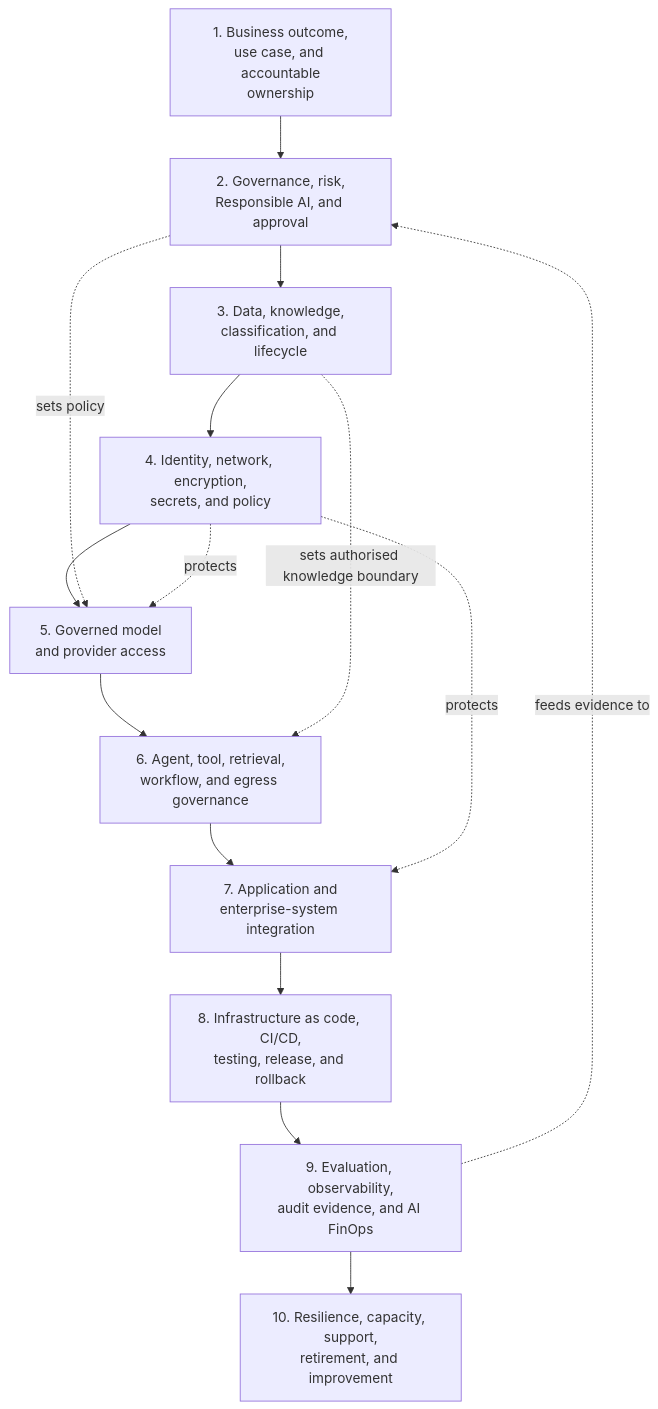
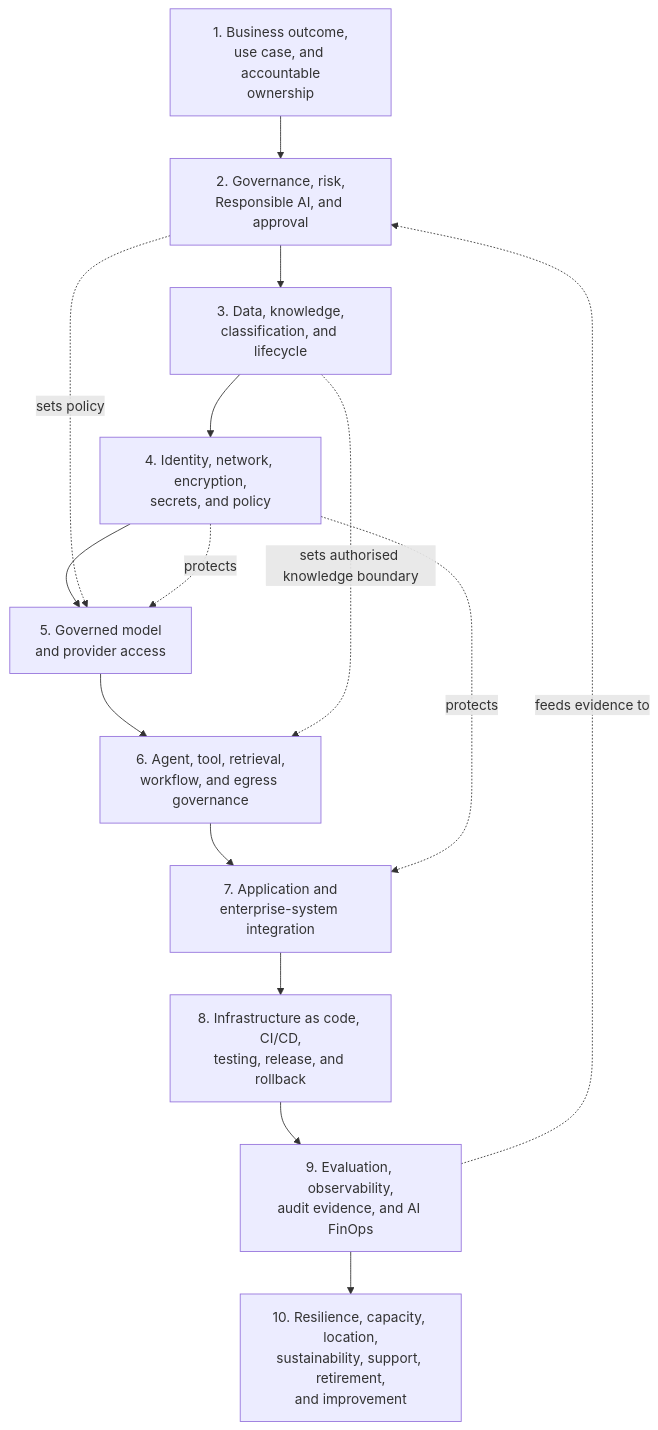
One commit to afaryy/cloudai-platform changed the second of 3 diagrams in docs/architecture/architecture.md. Above: the diagram before and after it, drawn with Mermaid. The commit also changed other lines of this file and 7 other files, not shown here.

````diff
--- a/docs/architecture/architecture.md
+++ b/docs/architecture/architecture.md
@@ -70,22 +70,22 @@
 ```mermaid
 flowchart TB
   intake["1. Business outcome,<br/>use case, and accountable<br/>ownership"]
   risk["2. Governance, risk,<br/>Responsible AI, and approval"]
   data["3. Data, knowledge,<br/>classification, and lifecycle"]
   foundation["4. Identity, network, encryption,<br/>secrets, and policy"]
   model["5. Governed model<br/>and provider access"]
   traffic["6. Agent, tool, retrieval,<br/>workflow, and egress governance"]
   integration["7. Application and<br/>enterprise-system integration"]
   delivery["8. Infrastructure as code, CI/CD,<br/>testing, release, and rollback"]
   operations["9. Evaluation, observability,<br/>audit evidence, and AI FinOps"]
-  lifecycle["10. Resilience, capacity, support,<br/>retirement, and improvement"]
+  lifecycle["10. Resilience, capacity, location,<br/>sustainability, support, retirement,<br/>and improvement"]
 
   intake --> risk --> data --> foundation --> model --> traffic --> integration
   integration --> delivery --> operations --> lifecycle
   risk -. "sets policy" .-> model
   data -. "sets authorised knowledge boundary" .-> traffic
   foundation -. "protects" .-> model
   foundation -. "protects" .-> integration
   operations -. "feeds evidence to" .-> risk
 
 ```
````
